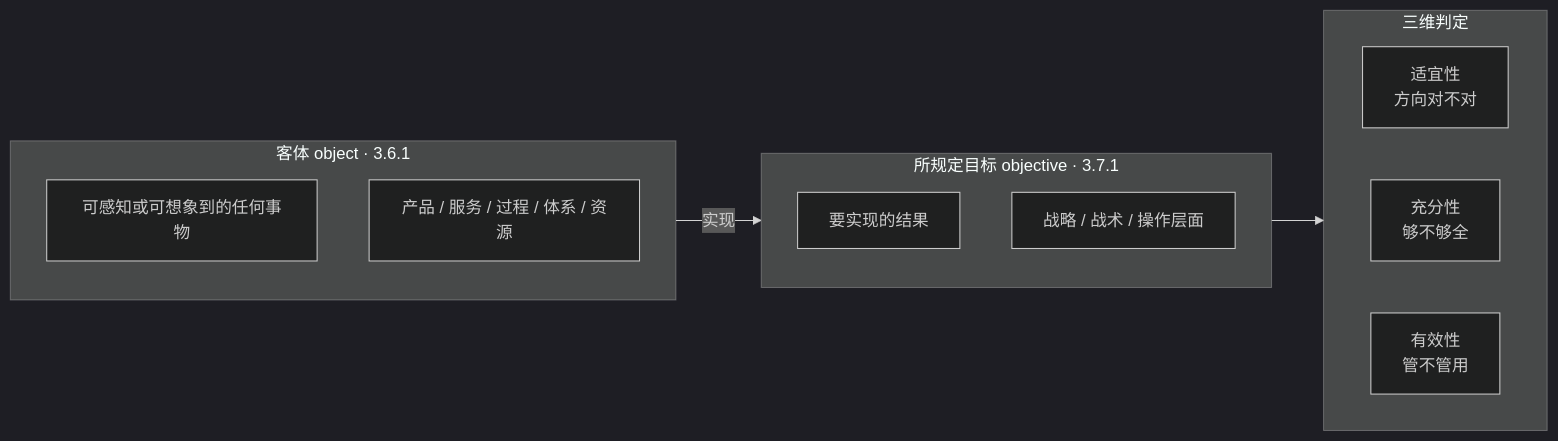
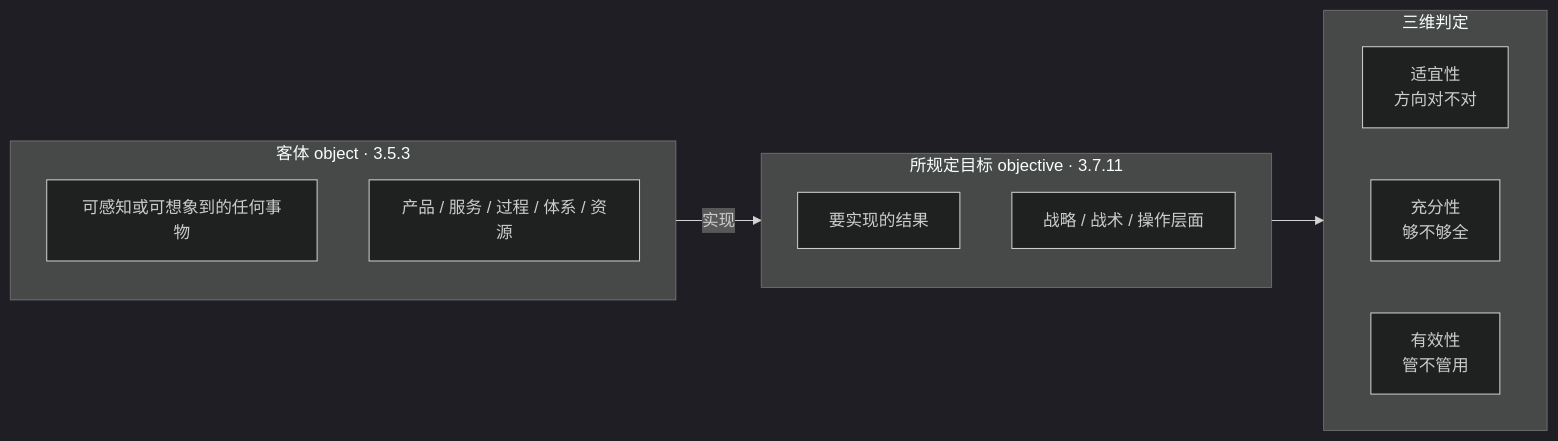
Before and after one commit to Yongjunzhou/AOS-system-design: the third of 21 diagrams in 100-subprojects/01-系统工程研究/00-系统工程相关研究报告/03-评审概念研究报告-从评审定义到需求管理.md, drawn with Mermaid (dark theme). The commit also changed other lines of this file and 38 other files, not shown here.

````diff
--- a/100-subprojects/01-系统工程研究/00-系统工程相关研究报告/03-评审概念研究报告-从评审定义到需求管理.md
+++ b/100-subprojects/01-系统工程研究/00-系统工程相关研究报告/03-评审概念研究报告-从评审定义到需求管理.md
@@ -122,21 +133,21 @@
 ```mermaid
 flowchart LR
-    subgraph 客体["客体 object · 3.6.1"]
+    subgraph 客体["客体 object · 3.5.3"]
         direction TB
         A1["可感知或可想象到的任何事物"]
         A2["产品 / 服务 / 过程 / 体系 / 资源"]
     end
-    subgraph 目标["所规定目标 objective · 3.7.1"]
+    subgraph 目标["所规定目标 objective · 3.7.11"]
         direction TB
         B1["要实现的结果"]
         B2["战略 / 战术 / 操作层面"]
     end
     客体 -->|"实现"| 目标
     subgraph 三维["三维判定"]
         direction LR
         C1["适宜性<br/>方向对不对"]
         C2["充分性<br/>够不够全"]
         C3["有效性<br/>管不管用"]
     end
     目标 --> 三维
 ```
````
